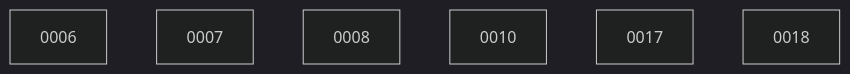
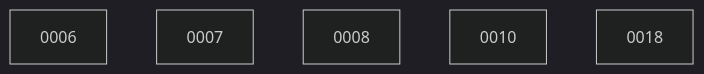
Before and after one commit to ethanhinson/codeindex: the diagram in docs/changes/BOARD.md, drawn with Mermaid (dark theme). The commit also changed other lines of this file, not shown here.

````diff
--- a/docs/changes/BOARD.md
+++ b/docs/changes/BOARD.md
@@ -21,9 +15,8 @@
 ```mermaid
 graph TD
   0006
   0007
   0008
   0010
-  0017
   0018
 ```
````
